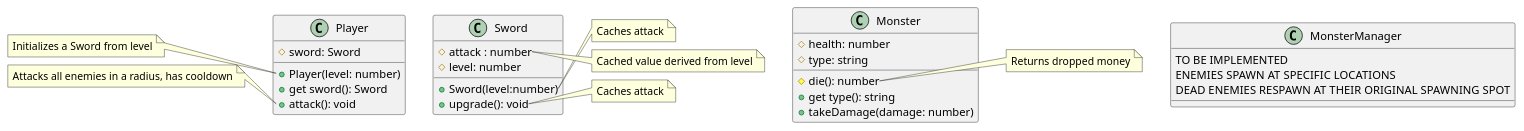
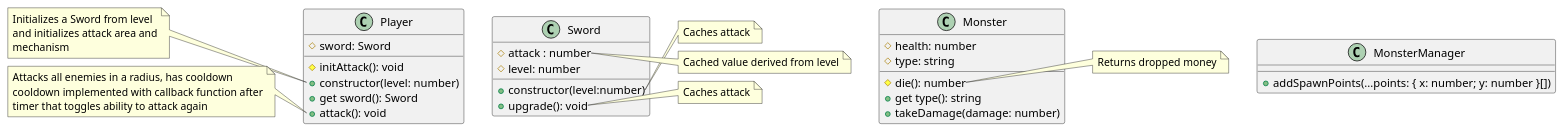
The diagram in diagrams-source/versions/0-2-0.puml (fredneedsausername/ALFARPG), drawn with PlantUML before and after one commit. The commit also changed 1 other file, not shown here.

Commit message:
Added to changelog and uml

```diff
--- a/diagrams-source/versions/0-2-0.puml
+++ b/diagrams-source/versions/0-2-0.puml
@@ -1,55 +1,58 @@
 @startuml Version 0.2.0
 
 class Player {
     # sword: Sword
-    + Player(level: number) 
+    # initAttack(): void
+    + constructor(level: number) 
     + get sword(): Sword
     + attack(): void
 }
 
-note left of Player::Player
+note left of Player::constructor
     Initializes a Sword from level
+    and initializes attack area and
+    mechanism
 end note
 
 note left of Player::attack
     Attacks all enemies in a radius, has cooldown
+    cooldown implemented with callback function after
+    timer that toggles ability to attack again
 end note
 
 class Sword {
     # attack : number
     # level: number
-    + Sword(level:number)
+    + constructor(level:number)
     + upgrade(): void
 }
 
-note right of Sword::Sword
+note right of Sword::constructor
     Caches attack
 end note
 
 note right of Sword::attack
     Cached value derived from level
 end note
 
 note right of Sword::upgrade
     Caches attack
 end note
 
 class Monster {
     # health: number
     # type: string
     # die(): number
     + get type(): string
     + takeDamage(damage: number)
 }
 
 note right of Monster::die
     Returns dropped money
 end note
 
 class MonsterManager {
-    TO BE IMPLEMENTED
-    ENEMIES SPAWN AT SPECIFIC LOCATIONS
-    DEAD ENEMIES RESPAWN AT THEIR ORIGINAL SPAWNING SPOT
+    + addSpawnPoints(...points: { x: number; y: number }[])
 }
 
 @enduml
```
